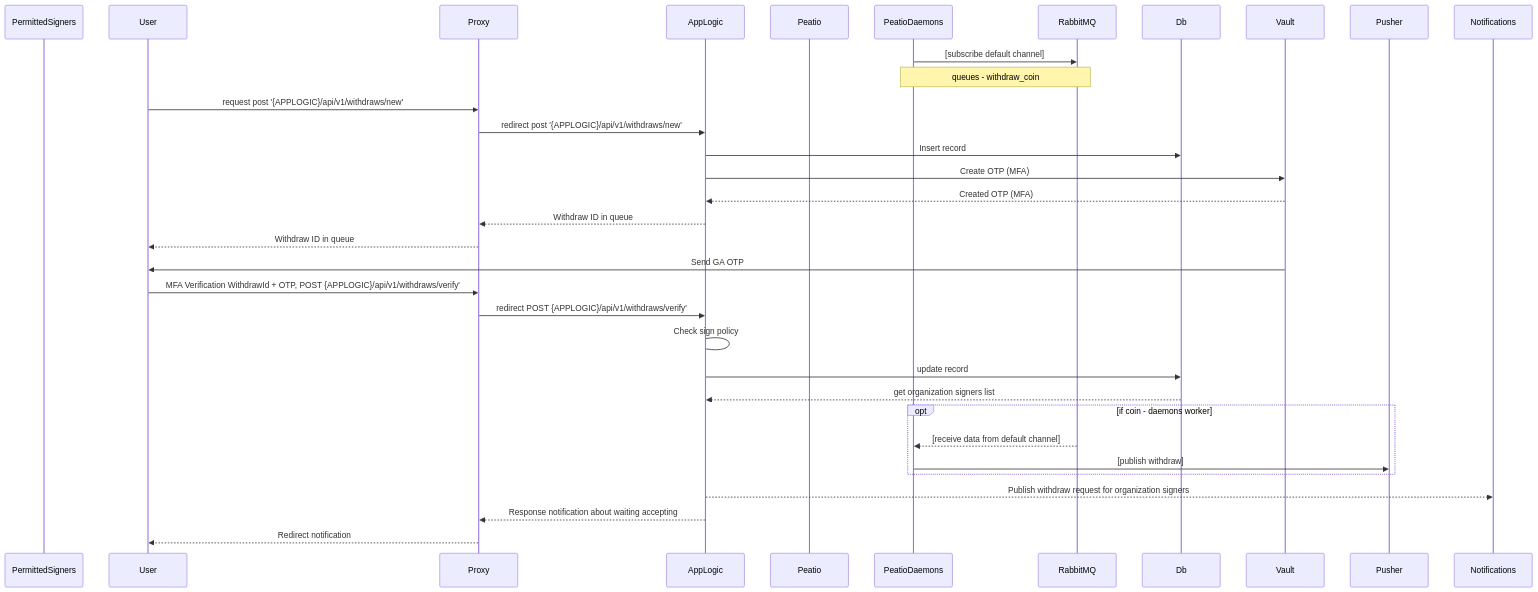
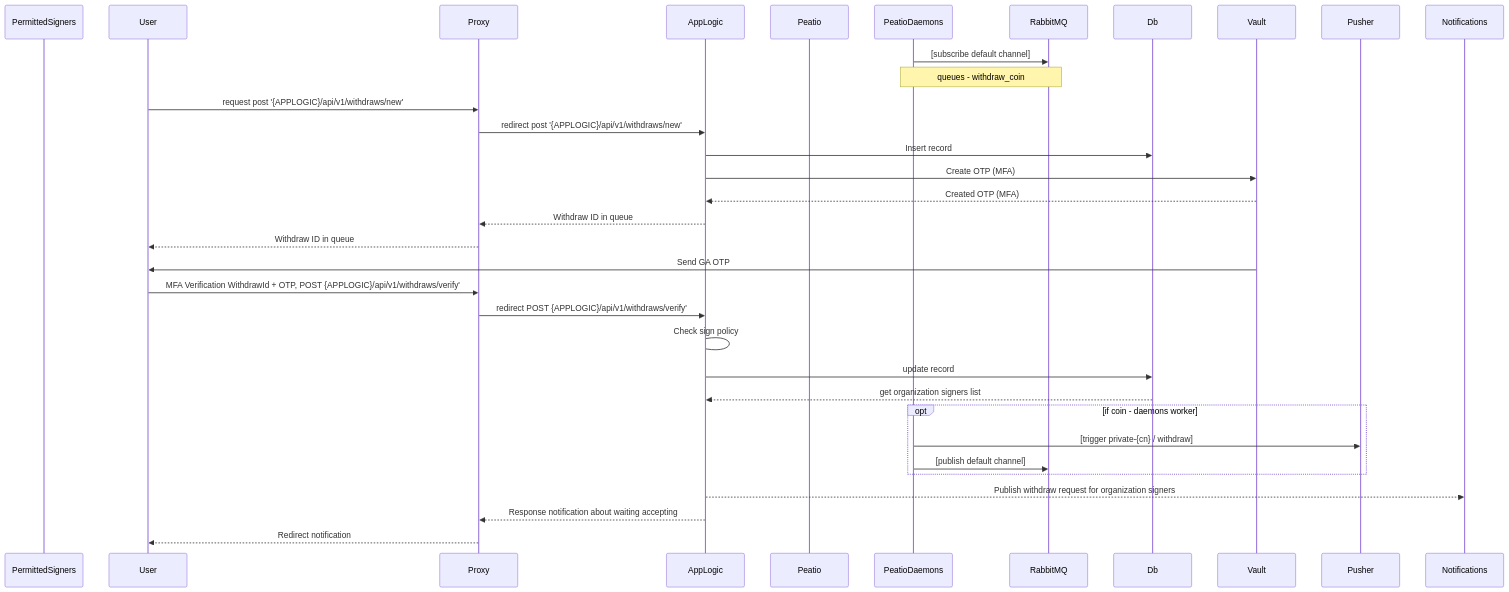
One commit to sergii-savchenko/rkcp_arch changed the first of 3 diagrams in content/4.011.withdraw.md. Above: the diagram before and after it, drawn with Mermaid. The commit also changed 3 other files, not shown here.

````diff
--- a/content/4.011.withdraw.md
+++ b/content/4.011.withdraw.md
@@ -5,40 +5,40 @@
 ```mermaid
 sequenceDiagram
     participant PermittedSigners
     participant User
     participant Proxy
     participant AppLogic
     participant Peatio
     participant PeatioDaemons
     participant RabbitMQ
     participant Db
     participant Vault
     participant Pusher
 
     PeatioDaemons->>RabbitMQ: [subscribe default channel]
     Note over PeatioDaemons,RabbitMQ: queues - withdraw_coin
     User->>Proxy: request post '{APPLOGIC}/api/v1/withdraws/new'
     Proxy->>AppLogic: redirect post '{APPLOGIC}/api/v1/withdraws/new'
     AppLogic->>Db: Insert record
 
     AppLogic->>Vault: Create OTP (MFA)
     Vault-->>AppLogic: Created OTP (MFA)
     AppLogic-->>Proxy: Withdraw ID in queue
     Proxy-->>User: Withdraw ID in queue
 
     Vault->>User: Send GA OTP
     User->>Proxy: MFA Verification WithdrawId + OTP, POST {APPLOGIC}/api/v1/withdraws/verify'
     Proxy->>AppLogic: redirect POST {APPLOGIC}/api/v1/withdraws/verify'
 
     AppLogic->AppLogic: Check sign policy
 
     AppLogic->>Db: update record
     Db-->>AppLogic: get organization signers list
     opt if coin - daemons worker
-        RabbitMQ-->>PeatioDaemons: [receive data from default channel]
-        PeatioDaemons->>Pusher: [publish withdraw]
+        PeatioDaemons->>Pusher: [trigger private-{cn} / withdraw]
+        PeatioDaemons->>RabbitMQ: [publish default channel]
     end
     AppLogic-->>Notifications: Publish withdraw request for organization signers
     AppLogic-->>Proxy: Response notification about waiting accepting
     Proxy-->>User: Redirect notification
 ```
````
